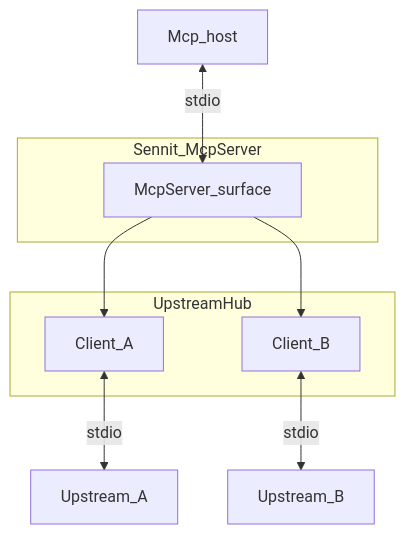
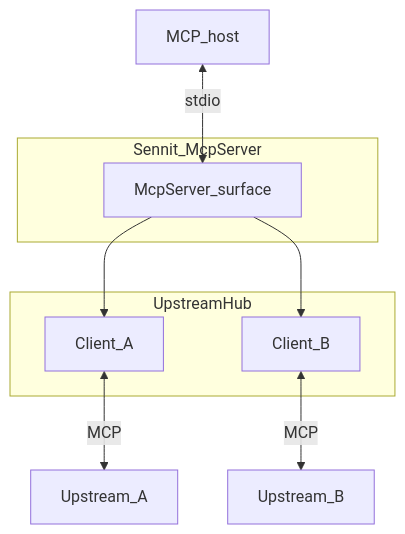
One commit to Alphabetsoup16/sennit changed the diagram in src/aggregator/README.md. Above: the diagram before and after it, drawn with Mermaid. The commit also changed other lines of this file and 13 other files, not shown here.

````diff
--- a/src/aggregator/README.md
+++ b/src/aggregator/README.md
@@ -5,22 +5,22 @@
 ```mermaid
 flowchart TB
-  host[Mcp_host]
+  host[MCP_host]
 
   subgraph facade [Sennit_McpServer]
     mcp[McpServer_surface]
   end
 
   subgraph hub [UpstreamHub]
     c1[Client_A]
     c2[Client_B]
   end
 
   p1[Upstream_A]
   p2[Upstream_B]
 
   host <-->|stdio| mcp
   mcp --> c1
   mcp --> c2
-  c1 <-->|stdio| p1
-  c2 <-->|stdio| p2
+  c1 <-->|MCP| p1
+  c2 <-->|MCP| p2
 ```
````
